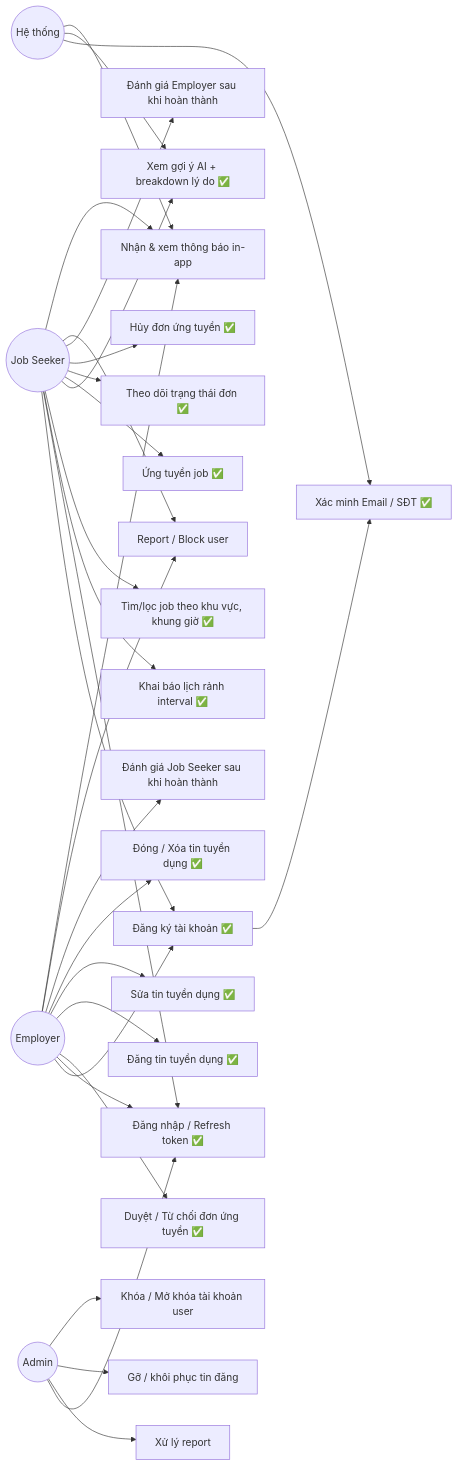
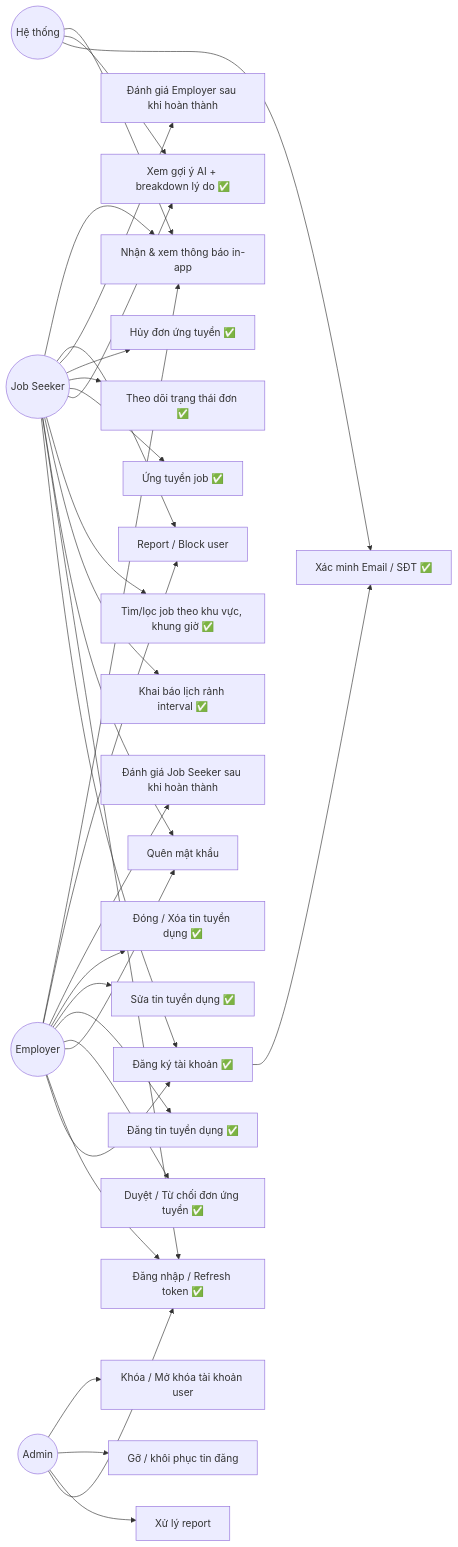
The diagram in docs/design/use-case.md (VanSyx/DATN_TimViecPartTime), drawn with Mermaid before and after one commit. The commit also changed other lines of this file and 3 other files, not shown here.

Commit message:
docs: đồng bộ thiết kế sau Tuần 8 (UC21 quên mật khẩu, sequence gửi lại mã/quên mật khẩu), DoD, PROD-12

````diff
--- a/docs/design/use-case.md
+++ b/docs/design/use-case.md
@@ -5,55 +5,57 @@
 ```mermaid
 flowchart LR
     JS((Job Seeker))
     EMP((Employer))
     ADM((Admin))
     SYS((Hệ thống))
 
     %% FR1 - Auth
     JS --> UC1[Đăng ký tài khoản ✅]
     JS --> UC2[Đăng nhập / Refresh token ✅]
     EMP --> UC1
     EMP --> UC2
     ADM --> UC2
+    JS --> UC21[Quên mật khẩu]
+    EMP --> UC21
 
     %% FR8 - Verification
     UC1 --> UC3[Xác minh Email / SĐT ✅]
     SYS --> UC3
 
     %% FR3 - Availability + Search
     JS --> UC4[Khai báo lịch rảnh interval ✅]
     JS --> UC5[Tìm/lọc job theo khu vực, khung giờ ✅]
 
     %% FR4 - AI Recommendation
     JS --> UC6[Xem gợi ý AI + breakdown lý do ✅]
     SYS --> UC6
 
     %% FR5 - Application flow
     JS --> UC7[Ứng tuyển job ✅]
     JS --> UC8[Theo dõi trạng thái đơn ✅]
     JS --> UC9[Hủy đơn ứng tuyển ✅]
     EMP --> UC10[Duyệt / Từ chối đơn ứng tuyển ✅]
 
     %% FR2 - Job CRUD
     EMP --> UC11[Đăng tin tuyển dụng ✅]
     EMP --> UC12[Sửa tin tuyển dụng ✅]
     EMP --> UC13[Đóng / Xóa tin tuyển dụng ✅]
 
     %% FR6 - Rating
     JS --> UC14[Đánh giá Employer sau khi hoàn thành]
     EMP --> UC15[Đánh giá Job Seeker sau khi hoàn thành]
 
     %% FR7 - Trust & Safety
     JS --> UC16[Report / Block user]
     EMP --> UC16
     ADM --> UC17[Xử lý report]
 
     %% FR9 - Notification
     JS --> UC18[Nhận & xem thông báo in-app]
     EMP --> UC18
     SYS --> UC18
 
     %% FR10 - Admin
     ADM --> UC19[Gỡ / khôi phục tin đăng]
     ADM --> UC20[Khóa / Mở khóa tài khoản user]
 ```
````
